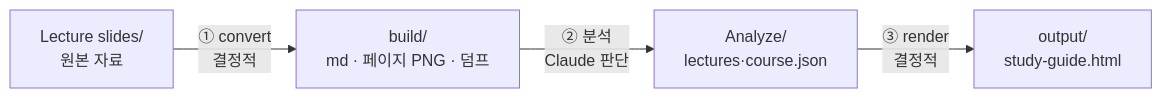
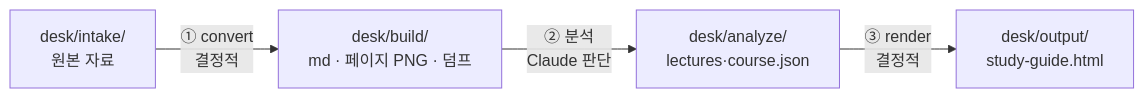
The diagram in docs/wiki/README.md (lsc892/Examplify), drawn with Mermaid before and after one commit. The commit also changed other lines of this file and 18 other files, not shown here.

First line of the commit message:
작업공간을 desk/ 아래로 재편 (intake·build·analyze·output)

````diff
--- a/docs/wiki/README.md
+++ b/docs/wiki/README.md
@@ -11,6 +11,6 @@
 ```mermaid
 flowchart LR
-  A[Lecture slides/<br/>원본 자료] -->|① convert<br/>결정적| B[build/<br/>md · 페이지 PNG · 덤프]
-  B -->|② 분석<br/>Claude 판단| C[Analyze/<br/>lectures·course.json]
-  C -->|③ render<br/>결정적| D[output/<br/>study-guide.html]
+  A[desk/intake/<br/>원본 자료] -->|① convert<br/>결정적| B[desk/build/<br/>md · 페이지 PNG · 덤프]
+  B -->|② 분석<br/>Claude 판단| C[desk/analyze/<br/>lectures·course.json]
+  C -->|③ render<br/>결정적| D[desk/output/<br/>study-guide.html]
 ```
````
